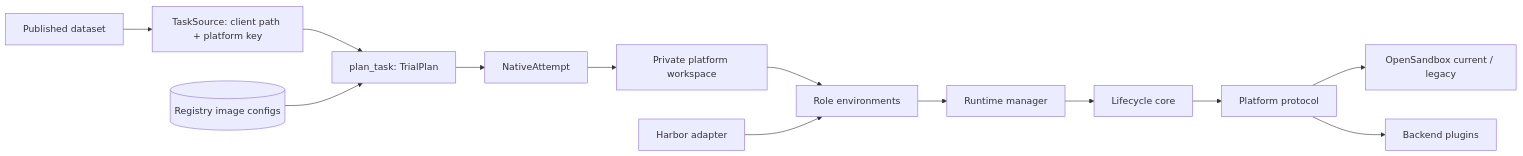
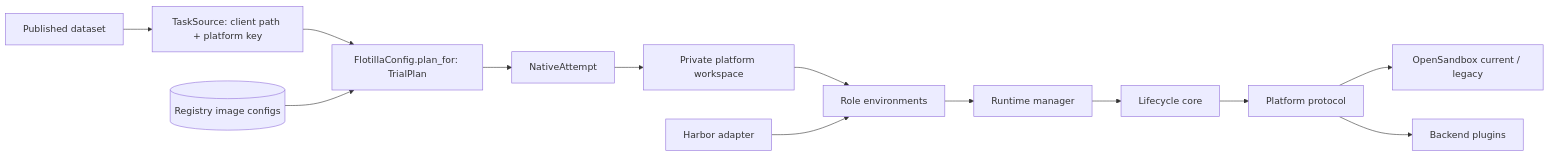
One commit to matrix72c/flotilla changed the diagram in docs/Architecture.md. Above: the diagram before and after it, drawn with Mermaid. The commit also changed other lines of this file and 8 other files, not shown here.

````diff
--- a/docs/Architecture.md
+++ b/docs/Architecture.md
@@ -25,15 +48,15 @@
 ```mermaid
 flowchart LR
     Dataset[Published dataset] --> Source[TaskSource: client path + platform key]
-    Source --> Plan[plan_task: TrialPlan]
+    Source --> Plan[FlotillaConfig.plan_for: TrialPlan]
     Registry[(Registry image configs)] --> Plan
     Plan --> Attempt[NativeAttempt]
     Attempt --> Workspace[Private platform workspace]
     Workspace --> API[Role environments]
     API --> Manager[Runtime manager]
     Manager --> Core[Lifecycle core]
     Core --> Platform[Platform protocol]
     Platform --> Backend[OpenSandbox current / legacy]
     Platform --> Plugin[Backend plugins]
     Harbor[Harbor adapter] --> API
 ```
````
